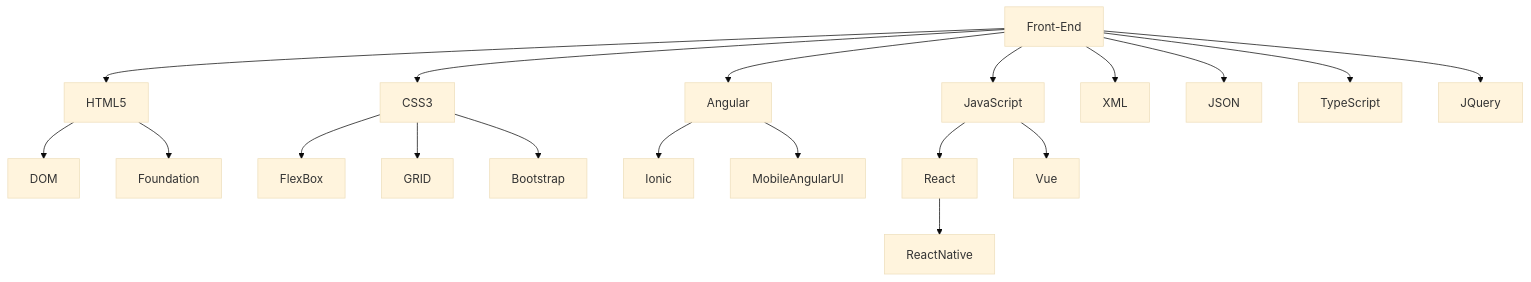
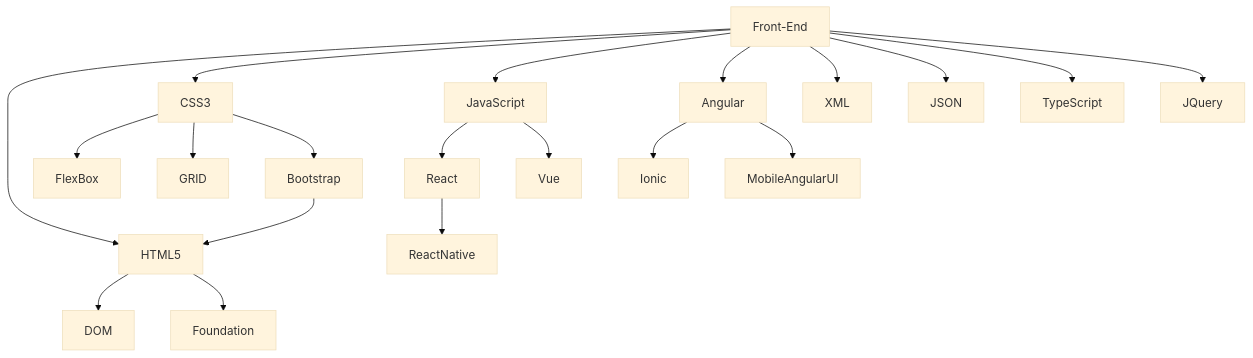
The first of 3 diagrams in README.md (Maxnegrao33/Maxnegrao33), drawn with Mermaid (base theme) before and after one commit. The commit also changed other lines of this file, not shown here.

````diff
--- a/README.md
+++ b/README.md
@@ -139,21 +139,22 @@
  ```mermaid
 graph TD;
     Front-End-->HTML5;
     HTML5-->DOM;
     HTML5-->Foundation;
     Front-End-->CSS3;
     CSS3-->FlexBox;
     CSS3-->GRID;
     CSS3-->Bootstrap;
+    Bootstrap-->HTML5;
     Front-End-->JavaScript;
     Front-End-->Angular;
     Angular-->Ionic;
     Angular-->MobileAngularUI
     JavaScript-->React;
     React-->ReactNative;
     Front-End-->XML;
     Front-End-->JSON;
     JavaScript-->Vue;
     Front-End-->TypeScript;
     Front-End-->JQuery;
    ```
````
